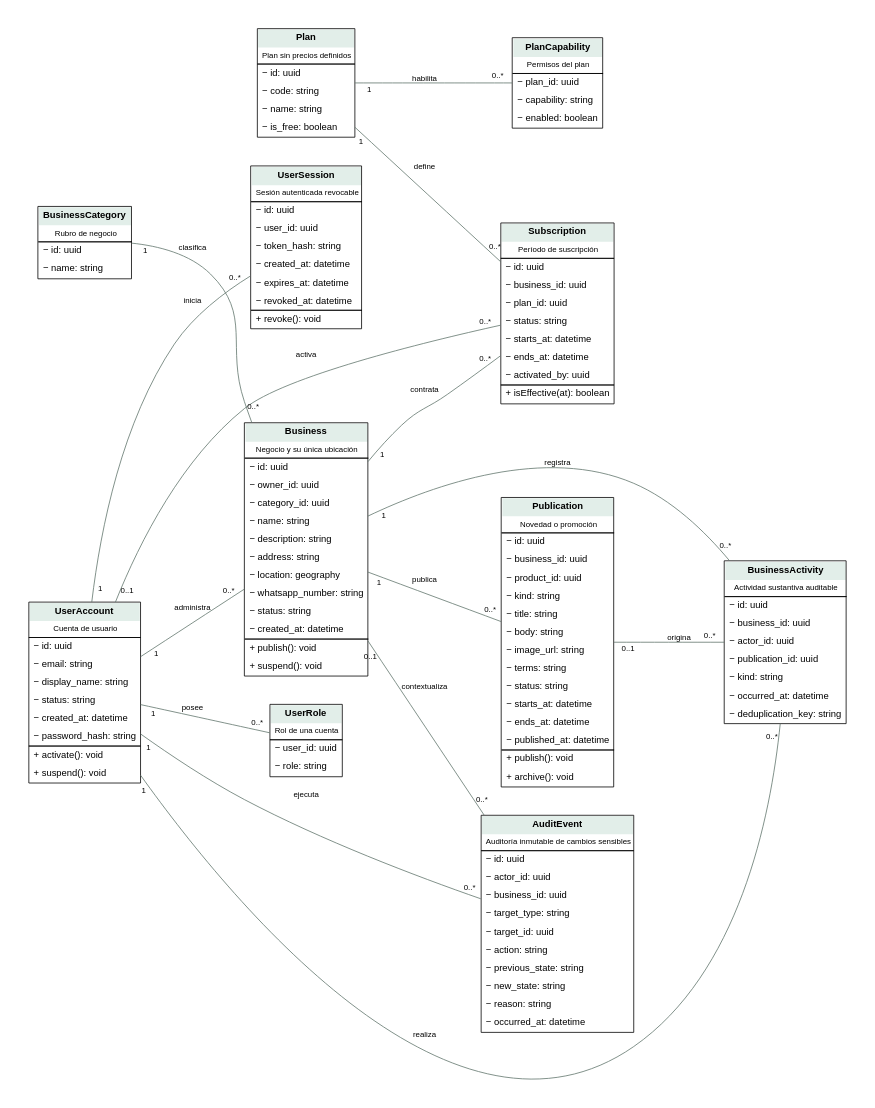
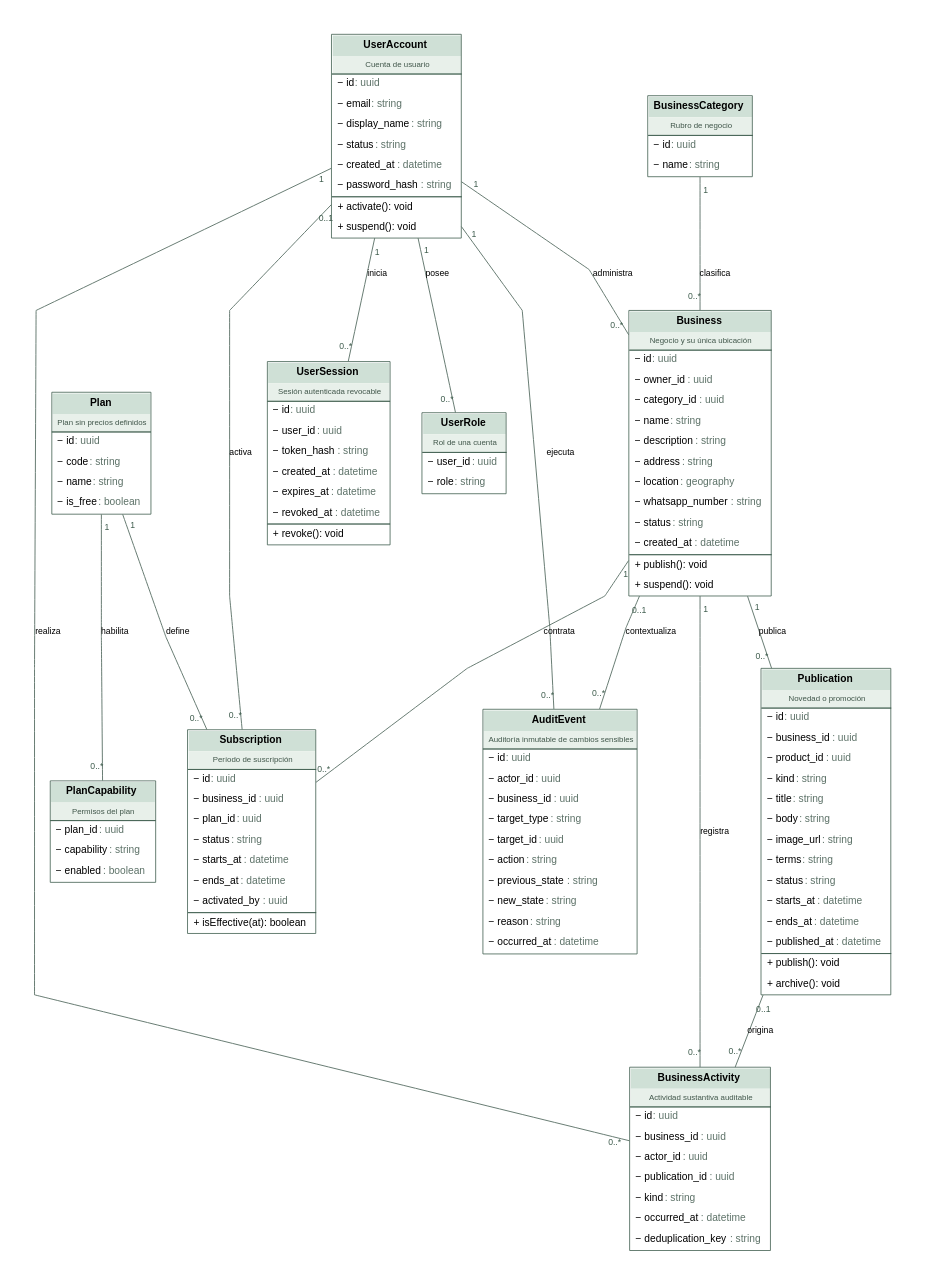
The diagram in Doc/model/figures/UML-01-negocios.dot (agustinlopez23/tesis), drawn with Graphviz before and after one commit. The commit also changed 420 other files, not shown here.

```diff
--- a/Doc/model/figures/UML-01-negocios.dot
+++ b/Doc/model/figures/UML-01-negocios.dot
@@ -1,24 +1,24 @@
-digraph G { graph [rankdir=LR,bgcolor="white",pad=0.4,nodesep=0.5,ranksep=1.2]; node [shape=plain,fontname="Arial",fontsize=12]; edge [fontname="Arial",fontsize=10,color="#60756c"]; UserAccount [label=<<TABLE BORDER="1" CELLBORDER="0" CELLSPACING="0" CELLPADDING="5"><TR><TD BGCOLOR="#e2eee9"><B>UserAccount</B></TD></TR><TR><TD><FONT POINT-SIZE="10">Cuenta de usuario</FONT></TD></TR><HR/><TR><TD ALIGN="LEFT">− id: uuid</TD></TR><TR><TD ALIGN="LEFT">− email: string</TD></TR><TR><TD ALIGN="LEFT">− display_name: string</TD></TR><TR><TD ALIGN="LEFT">− status: string</TD></TR><TR><TD ALIGN="LEFT">− created_at: datetime</TD></TR><TR><TD ALIGN="LEFT">− password_hash: string</TD></TR><HR/><TR><TD ALIGN="LEFT">+ activate(): void</TD></TR><TR><TD ALIGN="LEFT">+ suspend(): void</TD></TR></TABLE>>];
-UserRole [label=<<TABLE BORDER="1" CELLBORDER="0" CELLSPACING="0" CELLPADDING="5"><TR><TD BGCOLOR="#e2eee9"><B>UserRole</B></TD></TR><TR><TD><FONT POINT-SIZE="10">Rol de una cuenta</FONT></TD></TR><HR/><TR><TD ALIGN="LEFT">− user_id: uuid</TD></TR><TR><TD ALIGN="LEFT">− role: string</TD></TR></TABLE>>];
-BusinessCategory [label=<<TABLE BORDER="1" CELLBORDER="0" CELLSPACING="0" CELLPADDING="5"><TR><TD BGCOLOR="#e2eee9"><B>BusinessCategory</B></TD></TR><TR><TD><FONT POINT-SIZE="10">Rubro de negocio</FONT></TD></TR><HR/><TR><TD ALIGN="LEFT">− id: uuid</TD></TR><TR><TD ALIGN="LEFT">− name: string</TD></TR></TABLE>>];
-Business [label=<<TABLE BORDER="1" CELLBORDER="0" CELLSPACING="0" CELLPADDING="5"><TR><TD BGCOLOR="#e2eee9"><B>Business</B></TD></TR><TR><TD><FONT POINT-SIZE="10">Negocio y su única ubicación</FONT></TD></TR><HR/><TR><TD ALIGN="LEFT">− id: uuid</TD></TR><TR><TD ALIGN="LEFT">− owner_id: uuid</TD></TR><TR><TD ALIGN="LEFT">− category_id: uuid</TD></TR><TR><TD ALIGN="LEFT">− name: string</TD></TR><TR><TD ALIGN="LEFT">− description: string</TD></TR><TR><TD ALIGN="LEFT">− address: string</TD></TR><TR><TD ALIGN="LEFT">− location: geography</TD></TR><TR><TD ALIGN="LEFT">− whatsapp_number: string</TD></TR><TR><TD ALIGN="LEFT">− status: string</TD></TR><TR><TD ALIGN="LEFT">− created_at: datetime</TD></TR><HR/><TR><TD ALIGN="LEFT">+ publish(): void</TD></TR><TR><TD ALIGN="LEFT">+ suspend(): void</TD></TR></TABLE>>];
-Plan [label=<<TABLE BORDER="1" CELLBORDER="0" CELLSPACING="0" CELLPADDING="5"><TR><TD BGCOLOR="#e2eee9"><B>Plan</B></TD></TR><TR><TD><FONT POINT-SIZE="10">Plan sin precios definidos</FONT></TD></TR><HR/><TR><TD ALIGN="LEFT">− id: uuid</TD></TR><TR><TD ALIGN="LEFT">− code: string</TD></TR><TR><TD ALIGN="LEFT">− name: string</TD></TR><TR><TD ALIGN="LEFT">− is_free: boolean</TD></TR></TABLE>>];
-PlanCapability [label=<<TABLE BORDER="1" CELLBORDER="0" CELLSPACING="0" CELLPADDING="5"><TR><TD BGCOLOR="#e2eee9"><B>PlanCapability</B></TD></TR><TR><TD><FONT POINT-SIZE="10">Permisos del plan</FONT></TD></TR><HR/><TR><TD ALIGN="LEFT">− plan_id: uuid</TD></TR><TR><TD ALIGN="LEFT">− capability: string</TD></TR><TR><TD ALIGN="LEFT">− enabled: boolean</TD></TR></TABLE>>];
-Subscription [label=<<TABLE BORDER="1" CELLBORDER="0" CELLSPACING="0" CELLPADDING="5"><TR><TD BGCOLOR="#e2eee9"><B>Subscription</B></TD></TR><TR><TD><FONT POINT-SIZE="10">Período de suscripción</FONT></TD></TR><HR/><TR><TD ALIGN="LEFT">− id: uuid</TD></TR><TR><TD ALIGN="LEFT">− business_id: uuid</TD></TR><TR><TD ALIGN="LEFT">− plan_id: uuid</TD></TR><TR><TD ALIGN="LEFT">− status: string</TD></TR><TR><TD ALIGN="LEFT">− starts_at: datetime</TD></TR><TR><TD ALIGN="LEFT">− ends_at: datetime</TD></TR><TR><TD ALIGN="LEFT">− activated_by: uuid</TD></TR><HR/><TR><TD ALIGN="LEFT">+ isEffective(at): boolean</TD></TR></TABLE>>];
-Publication [label=<<TABLE BORDER="1" CELLBORDER="0" CELLSPACING="0" CELLPADDING="5"><TR><TD BGCOLOR="#e2eee9"><B>Publication</B></TD></TR><TR><TD><FONT POINT-SIZE="10">Novedad o promoción</FONT></TD></TR><HR/><TR><TD ALIGN="LEFT">− id: uuid</TD></TR><TR><TD ALIGN="LEFT">− business_id: uuid</TD></TR><TR><TD ALIGN="LEFT">− product_id: uuid</TD></TR><TR><TD ALIGN="LEFT">− kind: string</TD></TR><TR><TD ALIGN="LEFT">− title: string</TD></TR><TR><TD ALIGN="LEFT">− body: string</TD></TR><TR><TD ALIGN="LEFT">− image_url: string</TD></TR><TR><TD ALIGN="LEFT">− terms: string</TD></TR><TR><TD ALIGN="LEFT">− status: string</TD></TR><TR><TD ALIGN="LEFT">− starts_at: datetime</TD></TR><TR><TD ALIGN="LEFT">− ends_at: datetime</TD></TR><TR><TD ALIGN="LEFT">− published_at: datetime</TD></TR><HR/><TR><TD ALIGN="LEFT">+ publish(): void</TD></TR><TR><TD ALIGN="LEFT">+ archive(): void</TD></TR></TABLE>>];
-BusinessActivity [label=<<TABLE BORDER="1" CELLBORDER="0" CELLSPACING="0" CELLPADDING="5"><TR><TD BGCOLOR="#e2eee9"><B>BusinessActivity</B></TD></TR><TR><TD><FONT POINT-SIZE="10">Actividad sustantiva auditable</FONT></TD></TR><HR/><TR><TD ALIGN="LEFT">− id: uuid</TD></TR><TR><TD ALIGN="LEFT">− business_id: uuid</TD></TR><TR><TD ALIGN="LEFT">− actor_id: uuid</TD></TR><TR><TD ALIGN="LEFT">− publication_id: uuid</TD></TR><TR><TD ALIGN="LEFT">− kind: string</TD></TR><TR><TD ALIGN="LEFT">− occurred_at: datetime</TD></TR><TR><TD ALIGN="LEFT">− deduplication_key: string</TD></TR></TABLE>>];
-UserSession [label=<<TABLE BORDER="1" CELLBORDER="0" CELLSPACING="0" CELLPADDING="5"><TR><TD BGCOLOR="#e2eee9"><B>UserSession</B></TD></TR><TR><TD><FONT POINT-SIZE="10">Sesión autenticada revocable</FONT></TD></TR><HR/><TR><TD ALIGN="LEFT">− id: uuid</TD></TR><TR><TD ALIGN="LEFT">− user_id: uuid</TD></TR><TR><TD ALIGN="LEFT">− token_hash: string</TD></TR><TR><TD ALIGN="LEFT">− created_at: datetime</TD></TR><TR><TD ALIGN="LEFT">− expires_at: datetime</TD></TR><TR><TD ALIGN="LEFT">− revoked_at: datetime</TD></TR><HR/><TR><TD ALIGN="LEFT">+ revoke(): void</TD></TR></TABLE>>];
-AuditEvent [label=<<TABLE BORDER="1" CELLBORDER="0" CELLSPACING="0" CELLPADDING="5"><TR><TD BGCOLOR="#e2eee9"><B>AuditEvent</B></TD></TR><TR><TD><FONT POINT-SIZE="10">Auditoría inmutable de cambios sensibles</FONT></TD></TR><HR/><TR><TD ALIGN="LEFT">− id: uuid</TD></TR><TR><TD ALIGN="LEFT">− actor_id: uuid</TD></TR><TR><TD ALIGN="LEFT">− business_id: uuid</TD></TR><TR><TD ALIGN="LEFT">− target_type: string</TD></TR><TR><TD ALIGN="LEFT">− target_id: uuid</TD></TR><TR><TD ALIGN="LEFT">− action: string</TD></TR><TR><TD ALIGN="LEFT">− previous_state: string</TD></TR><TR><TD ALIGN="LEFT">− new_state: string</TD></TR><TR><TD ALIGN="LEFT">− reason: string</TD></TR><TR><TD ALIGN="LEFT">− occurred_at: datetime</TD></TR></TABLE>>]; UserAccount -> UserRole [dir=none,taillabel="1",headlabel="0..*",label="posee",labeldistance=2];
-UserAccount -> Business [dir=none,taillabel="1",headlabel="0..*",label="administra",labeldistance=2];
-BusinessCategory -> Business [dir=none,taillabel="1",headlabel="0..*",label="clasifica",labeldistance=2];
-Plan -> PlanCapability [dir=none,taillabel="1",headlabel="0..*",label="habilita",labeldistance=2];
-Business -> Subscription [dir=none,taillabel="1",headlabel="0..*",label="contrata",labeldistance=2];
-Plan -> Subscription [dir=none,taillabel="1",headlabel="0..*",label="define",labeldistance=2];
-UserAccount -> Subscription [dir=none,taillabel="0..1",headlabel="0..*",label="activa",labeldistance=2];
-Business -> Publication [dir=none,taillabel="1",headlabel="0..*",label="publica",labeldistance=2];
-Business -> BusinessActivity [dir=none,taillabel="1",headlabel="0..*",label="registra",labeldistance=2];
-UserAccount -> BusinessActivity [dir=none,taillabel="1",headlabel="0..*",label="realiza",labeldistance=2];
-Publication -> BusinessActivity [dir=none,taillabel="0..1",headlabel="0..*",label="origina",labeldistance=2];
-UserAccount -> UserSession [dir=none,taillabel="1",headlabel="0..*",label="inicia",labeldistance=2];
-UserAccount -> AuditEvent [dir=none,taillabel="1",headlabel="0..*",label="ejecuta",labeldistance=2];
-Business -> AuditEvent [dir=none,taillabel="0..1",headlabel="0..*",label="contextualiza",labeldistance=2]; }
+digraph G { graph [rankdir=TB,bgcolor="white",pad=0.5,nodesep=0.55,ranksep=1.1,splines=polyline,concentrate=false,fontname="Arial"]; node [shape=plain,fontname="Arial",fontsize=13]; edge [fontname="Arial",fontsize=11,color="#60756c",penwidth=1.2,arrowsize=1.1]; UserAccount [label=<<TABLE BORDER="1" CELLBORDER="0" CELLSPACING="0" CELLPADDING="6" COLOR="#3f5d4e"><TR><TD BGCOLOR="#cfe0d6"><B>UserAccount</B></TD></TR><TR><TD BGCOLOR="#e8f0ea"><FONT POINT-SIZE="10" COLOR="#40564a">Cuenta de usuario</FONT></TD></TR><HR/><TR><TD ALIGN="LEFT">− id<FONT COLOR="#5d7268"> : uuid</FONT></TD></TR><TR><TD ALIGN="LEFT">− email<FONT COLOR="#5d7268"> : string</FONT></TD></TR><TR><TD ALIGN="LEFT">− display_name<FONT COLOR="#5d7268"> : string</FONT></TD></TR><TR><TD ALIGN="LEFT">− status<FONT COLOR="#5d7268"> : string</FONT></TD></TR><TR><TD ALIGN="LEFT">− created_at<FONT COLOR="#5d7268"> : datetime</FONT></TD></TR><TR><TD ALIGN="LEFT">− password_hash<FONT COLOR="#5d7268"> : string</FONT></TD></TR><HR/><TR><TD ALIGN="LEFT">+ activate(): void</TD></TR><TR><TD ALIGN="LEFT">+ suspend(): void</TD></TR></TABLE>>];
+UserRole [label=<<TABLE BORDER="1" CELLBORDER="0" CELLSPACING="0" CELLPADDING="6" COLOR="#3f5d4e"><TR><TD BGCOLOR="#cfe0d6"><B>UserRole</B></TD></TR><TR><TD BGCOLOR="#e8f0ea"><FONT POINT-SIZE="10" COLOR="#40564a">Rol de una cuenta</FONT></TD></TR><HR/><TR><TD ALIGN="LEFT">− user_id<FONT COLOR="#5d7268"> : uuid</FONT></TD></TR><TR><TD ALIGN="LEFT">− role<FONT COLOR="#5d7268"> : string</FONT></TD></TR></TABLE>>];
+BusinessCategory [label=<<TABLE BORDER="1" CELLBORDER="0" CELLSPACING="0" CELLPADDING="6" COLOR="#3f5d4e"><TR><TD BGCOLOR="#cfe0d6"><B>BusinessCategory</B></TD></TR><TR><TD BGCOLOR="#e8f0ea"><FONT POINT-SIZE="10" COLOR="#40564a">Rubro de negocio</FONT></TD></TR><HR/><TR><TD ALIGN="LEFT">− id<FONT COLOR="#5d7268"> : uuid</FONT></TD></TR><TR><TD ALIGN="LEFT">− name<FONT COLOR="#5d7268"> : string</FONT></TD></TR></TABLE>>];
+Business [label=<<TABLE BORDER="1" CELLBORDER="0" CELLSPACING="0" CELLPADDING="6" COLOR="#3f5d4e"><TR><TD BGCOLOR="#cfe0d6"><B>Business</B></TD></TR><TR><TD BGCOLOR="#e8f0ea"><FONT POINT-SIZE="10" COLOR="#40564a">Negocio y su única ubicación</FONT></TD></TR><HR/><TR><TD ALIGN="LEFT">− id<FONT COLOR="#5d7268"> : uuid</FONT></TD></TR><TR><TD ALIGN="LEFT">− owner_id<FONT COLOR="#5d7268"> : uuid</FONT></TD></TR><TR><TD ALIGN="LEFT">− category_id<FONT COLOR="#5d7268"> : uuid</FONT></TD></TR><TR><TD ALIGN="LEFT">− name<FONT COLOR="#5d7268"> : string</FONT></TD></TR><TR><TD ALIGN="LEFT">− description<FONT COLOR="#5d7268"> : string</FONT></TD></TR><TR><TD ALIGN="LEFT">− address<FONT COLOR="#5d7268"> : string</FONT></TD></TR><TR><TD ALIGN="LEFT">− location<FONT COLOR="#5d7268"> : geography</FONT></TD></TR><TR><TD ALIGN="LEFT">− whatsapp_number<FONT COLOR="#5d7268"> : string</FONT></TD></TR><TR><TD ALIGN="LEFT">− status<FONT COLOR="#5d7268"> : string</FONT></TD></TR><TR><TD ALIGN="LEFT">− created_at<FONT COLOR="#5d7268"> : datetime</FONT></TD></TR><HR/><TR><TD ALIGN="LEFT">+ publish(): void</TD></TR><TR><TD ALIGN="LEFT">+ suspend(): void</TD></TR></TABLE>>];
+Plan [label=<<TABLE BORDER="1" CELLBORDER="0" CELLSPACING="0" CELLPADDING="6" COLOR="#3f5d4e"><TR><TD BGCOLOR="#cfe0d6"><B>Plan</B></TD></TR><TR><TD BGCOLOR="#e8f0ea"><FONT POINT-SIZE="10" COLOR="#40564a">Plan sin precios definidos</FONT></TD></TR><HR/><TR><TD ALIGN="LEFT">− id<FONT COLOR="#5d7268"> : uuid</FONT></TD></TR><TR><TD ALIGN="LEFT">− code<FONT COLOR="#5d7268"> : string</FONT></TD></TR><TR><TD ALIGN="LEFT">− name<FONT COLOR="#5d7268"> : string</FONT></TD></TR><TR><TD ALIGN="LEFT">− is_free<FONT COLOR="#5d7268"> : boolean</FONT></TD></TR></TABLE>>];
+PlanCapability [label=<<TABLE BORDER="1" CELLBORDER="0" CELLSPACING="0" CELLPADDING="6" COLOR="#3f5d4e"><TR><TD BGCOLOR="#cfe0d6"><B>PlanCapability</B></TD></TR><TR><TD BGCOLOR="#e8f0ea"><FONT POINT-SIZE="10" COLOR="#40564a">Permisos del plan</FONT></TD></TR><HR/><TR><TD ALIGN="LEFT">− plan_id<FONT COLOR="#5d7268"> : uuid</FONT></TD></TR><TR><TD ALIGN="LEFT">− capability<FONT COLOR="#5d7268"> : string</FONT></TD></TR><TR><TD ALIGN="LEFT">− enabled<FONT COLOR="#5d7268"> : boolean</FONT></TD></TR></TABLE>>];
+Subscription [label=<<TABLE BORDER="1" CELLBORDER="0" CELLSPACING="0" CELLPADDING="6" COLOR="#3f5d4e"><TR><TD BGCOLOR="#cfe0d6"><B>Subscription</B></TD></TR><TR><TD BGCOLOR="#e8f0ea"><FONT POINT-SIZE="10" COLOR="#40564a">Período de suscripción</FONT></TD></TR><HR/><TR><TD ALIGN="LEFT">− id<FONT COLOR="#5d7268"> : uuid</FONT></TD></TR><TR><TD ALIGN="LEFT">− business_id<FONT COLOR="#5d7268"> : uuid</FONT></TD></TR><TR><TD ALIGN="LEFT">− plan_id<FONT COLOR="#5d7268"> : uuid</FONT></TD></TR><TR><TD ALIGN="LEFT">− status<FONT COLOR="#5d7268"> : string</FONT></TD></TR><TR><TD ALIGN="LEFT">− starts_at<FONT COLOR="#5d7268"> : datetime</FONT></TD></TR><TR><TD ALIGN="LEFT">− ends_at<FONT COLOR="#5d7268"> : datetime</FONT></TD></TR><TR><TD ALIGN="LEFT">− activated_by<FONT COLOR="#5d7268"> : uuid</FONT></TD></TR><HR/><TR><TD ALIGN="LEFT">+ isEffective(at): boolean</TD></TR></TABLE>>];
+Publication [label=<<TABLE BORDER="1" CELLBORDER="0" CELLSPACING="0" CELLPADDING="6" COLOR="#3f5d4e"><TR><TD BGCOLOR="#cfe0d6"><B>Publication</B></TD></TR><TR><TD BGCOLOR="#e8f0ea"><FONT POINT-SIZE="10" COLOR="#40564a">Novedad o promoción</FONT></TD></TR><HR/><TR><TD ALIGN="LEFT">− id<FONT COLOR="#5d7268"> : uuid</FONT></TD></TR><TR><TD ALIGN="LEFT">− business_id<FONT COLOR="#5d7268"> : uuid</FONT></TD></TR><TR><TD ALIGN="LEFT">− product_id<FONT COLOR="#5d7268"> : uuid</FONT></TD></TR><TR><TD ALIGN="LEFT">− kind<FONT COLOR="#5d7268"> : string</FONT></TD></TR><TR><TD ALIGN="LEFT">− title<FONT COLOR="#5d7268"> : string</FONT></TD></TR><TR><TD ALIGN="LEFT">− body<FONT COLOR="#5d7268"> : string</FONT></TD></TR><TR><TD ALIGN="LEFT">− image_url<FONT COLOR="#5d7268"> : string</FONT></TD></TR><TR><TD ALIGN="LEFT">− terms<FONT COLOR="#5d7268"> : string</FONT></TD></TR><TR><TD ALIGN="LEFT">− status<FONT COLOR="#5d7268"> : string</FONT></TD></TR><TR><TD ALIGN="LEFT">− starts_at<FONT COLOR="#5d7268"> : datetime</FONT></TD></TR><TR><TD ALIGN="LEFT">− ends_at<FONT COLOR="#5d7268"> : datetime</FONT></TD></TR><TR><TD ALIGN="LEFT">− published_at<FONT COLOR="#5d7268"> : datetime</FONT></TD></TR><HR/><TR><TD ALIGN="LEFT">+ publish(): void</TD></TR><TR><TD ALIGN="LEFT">+ archive(): void</TD></TR></TABLE>>];
+BusinessActivity [label=<<TABLE BORDER="1" CELLBORDER="0" CELLSPACING="0" CELLPADDING="6" COLOR="#3f5d4e"><TR><TD BGCOLOR="#cfe0d6"><B>BusinessActivity</B></TD></TR><TR><TD BGCOLOR="#e8f0ea"><FONT POINT-SIZE="10" COLOR="#40564a">Actividad sustantiva auditable</FONT></TD></TR><HR/><TR><TD ALIGN="LEFT">− id<FONT COLOR="#5d7268"> : uuid</FONT></TD></TR><TR><TD ALIGN="LEFT">− business_id<FONT COLOR="#5d7268"> : uuid</FONT></TD></TR><TR><TD ALIGN="LEFT">− actor_id<FONT COLOR="#5d7268"> : uuid</FONT></TD></TR><TR><TD ALIGN="LEFT">− publication_id<FONT COLOR="#5d7268"> : uuid</FONT></TD></TR><TR><TD ALIGN="LEFT">− kind<FONT COLOR="#5d7268"> : string</FONT></TD></TR><TR><TD ALIGN="LEFT">− occurred_at<FONT COLOR="#5d7268"> : datetime</FONT></TD></TR><TR><TD ALIGN="LEFT">− deduplication_key<FONT COLOR="#5d7268"> : string</FONT></TD></TR></TABLE>>];
+UserSession [label=<<TABLE BORDER="1" CELLBORDER="0" CELLSPACING="0" CELLPADDING="6" COLOR="#3f5d4e"><TR><TD BGCOLOR="#cfe0d6"><B>UserSession</B></TD></TR><TR><TD BGCOLOR="#e8f0ea"><FONT POINT-SIZE="10" COLOR="#40564a">Sesión autenticada revocable</FONT></TD></TR><HR/><TR><TD ALIGN="LEFT">− id<FONT COLOR="#5d7268"> : uuid</FONT></TD></TR><TR><TD ALIGN="LEFT">− user_id<FONT COLOR="#5d7268"> : uuid</FONT></TD></TR><TR><TD ALIGN="LEFT">− token_hash<FONT COLOR="#5d7268"> : string</FONT></TD></TR><TR><TD ALIGN="LEFT">− created_at<FONT COLOR="#5d7268"> : datetime</FONT></TD></TR><TR><TD ALIGN="LEFT">− expires_at<FONT COLOR="#5d7268"> : datetime</FONT></TD></TR><TR><TD ALIGN="LEFT">− revoked_at<FONT COLOR="#5d7268"> : datetime</FONT></TD></TR><HR/><TR><TD ALIGN="LEFT">+ revoke(): void</TD></TR></TABLE>>];
+AuditEvent [label=<<TABLE BORDER="1" CELLBORDER="0" CELLSPACING="0" CELLPADDING="6" COLOR="#3f5d4e"><TR><TD BGCOLOR="#cfe0d6"><B>AuditEvent</B></TD></TR><TR><TD BGCOLOR="#e8f0ea"><FONT POINT-SIZE="10" COLOR="#40564a">Auditoría inmutable de cambios sensibles</FONT></TD></TR><HR/><TR><TD ALIGN="LEFT">− id<FONT COLOR="#5d7268"> : uuid</FONT></TD></TR><TR><TD ALIGN="LEFT">− actor_id<FONT COLOR="#5d7268"> : uuid</FONT></TD></TR><TR><TD ALIGN="LEFT">− business_id<FONT COLOR="#5d7268"> : uuid</FONT></TD></TR><TR><TD ALIGN="LEFT">− target_type<FONT COLOR="#5d7268"> : string</FONT></TD></TR><TR><TD ALIGN="LEFT">− target_id<FONT COLOR="#5d7268"> : uuid</FONT></TD></TR><TR><TD ALIGN="LEFT">− action<FONT COLOR="#5d7268"> : string</FONT></TD></TR><TR><TD ALIGN="LEFT">− previous_state<FONT COLOR="#5d7268"> : string</FONT></TD></TR><TR><TD ALIGN="LEFT">− new_state<FONT COLOR="#5d7268"> : string</FONT></TD></TR><TR><TD ALIGN="LEFT">− reason<FONT COLOR="#5d7268"> : string</FONT></TD></TR><TR><TD ALIGN="LEFT">− occurred_at<FONT COLOR="#5d7268"> : datetime</FONT></TD></TR></TABLE>>]; UserAccount -> UserRole [dir=none,taillabel="1",headlabel="0..*",label="posee",labeldistance=1.9,labelangle=22,labelfontsize=11,labelfontcolor="#3c5a4b"];
+UserAccount -> Business [dir=none,taillabel="1",headlabel="0..*",label="administra",labeldistance=1.9,labelangle=22,labelfontsize=11,labelfontcolor="#3c5a4b"];
+BusinessCategory -> Business [dir=none,taillabel="1",headlabel="0..*",label="clasifica",labeldistance=1.9,labelangle=22,labelfontsize=11,labelfontcolor="#3c5a4b"];
+Plan -> PlanCapability [dir=none,taillabel="1",headlabel="0..*",label="habilita",labeldistance=1.9,labelangle=22,labelfontsize=11,labelfontcolor="#3c5a4b"];
+Business -> Subscription [dir=none,taillabel="1",headlabel="0..*",label="contrata",labeldistance=1.9,labelangle=22,labelfontsize=11,labelfontcolor="#3c5a4b"];
+Plan -> Subscription [dir=none,taillabel="1",headlabel="0..*",label="define",labeldistance=1.9,labelangle=22,labelfontsize=11,labelfontcolor="#3c5a4b"];
+UserAccount -> Subscription [dir=none,taillabel="0..1",headlabel="0..*",label="activa",labeldistance=1.9,labelangle=22,labelfontsize=11,labelfontcolor="#3c5a4b"];
+Business -> Publication [dir=none,taillabel="1",headlabel="0..*",label="publica",labeldistance=1.9,labelangle=22,labelfontsize=11,labelfontcolor="#3c5a4b"];
+Business -> BusinessActivity [dir=none,taillabel="1",headlabel="0..*",label="registra",labeldistance=1.9,labelangle=22,labelfontsize=11,labelfontcolor="#3c5a4b"];
+UserAccount -> BusinessActivity [dir=none,taillabel="1",headlabel="0..*",label="realiza",labeldistance=1.9,labelangle=22,labelfontsize=11,labelfontcolor="#3c5a4b"];
+Publication -> BusinessActivity [dir=none,taillabel="0..1",headlabel="0..*",label="origina",labeldistance=1.9,labelangle=22,labelfontsize=11,labelfontcolor="#3c5a4b"];
+UserAccount -> UserSession [dir=none,taillabel="1",headlabel="0..*",label="inicia",labeldistance=1.9,labelangle=22,labelfontsize=11,labelfontcolor="#3c5a4b"];
+UserAccount -> AuditEvent [dir=none,taillabel="1",headlabel="0..*",label="ejecuta",labeldistance=1.9,labelangle=22,labelfontsize=11,labelfontcolor="#3c5a4b"];
+Business -> AuditEvent [dir=none,taillabel="0..1",headlabel="0..*",label="contextualiza",labeldistance=1.9,labelangle=22,labelfontsize=11,labelfontcolor="#3c5a4b"]; }
```
